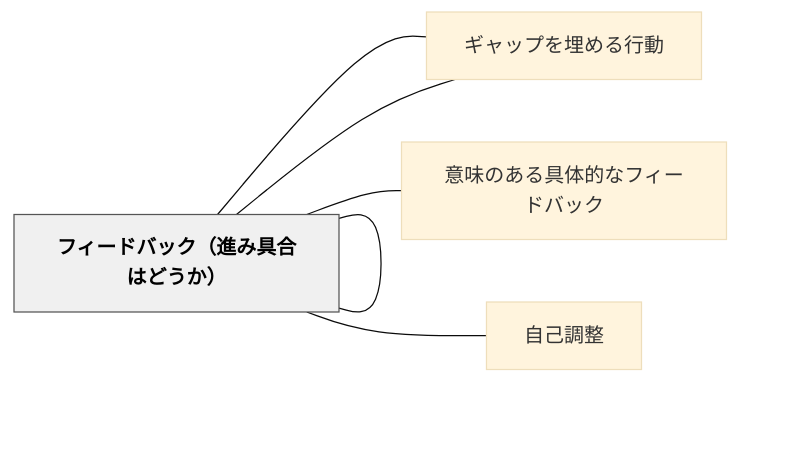
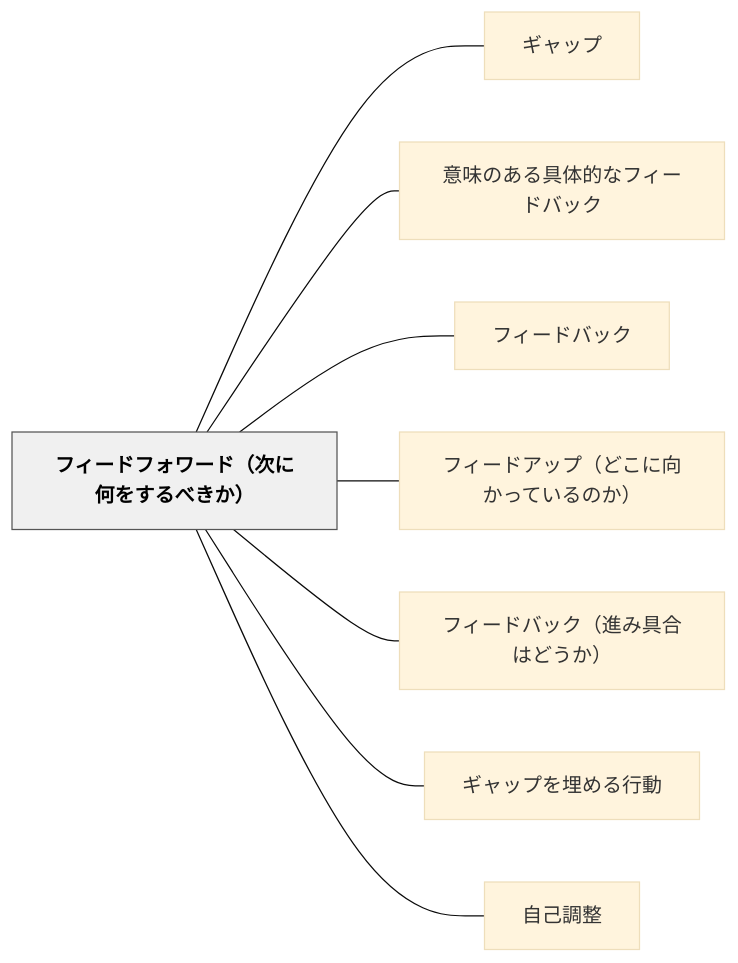
Before and after one commit to unknownthings-ed-patterns/unknownthings-ed-patterns: the diagram in content/パタン/フィードフォワード（次に何をするべきか）.md, drawn with Mermaid (base theme). The commit also changed 527 other files, not shown here.

````diff
--- a/content/パタン/フィードフォワード（次に何をするべきか）.md
+++ b/content/パタン/フィードフォワード（次に何をするべきか）.md
@@ -53,22 +53,22 @@
 ```mermaid
 flowchart LR
-    ne38395e382a3["フィードフォワード（次に何をするべきか）"]
-    ne382aee383a3["ギャップ"]
-    ne6848fe591b3["意味のある具体的なフィードバック"]
-    ne38395e382a3["フィードバック"]
-    ne38395e382a3["フィードアップ（どこに向かっているのか）"]
-    ne38395e382a3["フィードバック（進み具合はどうか）"]
-    ne382aee383a3["ギャップを埋める行動"]
-    ne887aae5b7b1["自己調整"]
+    ne38395e382a3e383bce38389e38395e382a9e383afe383bce38389efbc88e6aca1e381abe4bd95e38292e38199e3828be381b9e3818de3818befbc89["フィードフォワード（次に何をするべきか）"]
+    ne382aee383a3e38383e38397["ギャップ"]
+    ne6848fe591b3e381aee38182e3828be585b7e4bd93e79a84e381aae38395e382a3e383bce38389e38390e38383e382af["意味のある具体的なフィードバック"]
+    ne38395e382a3e383bce38389e38390e38383e382af["フィードバック"]
+    ne38395e382a3e383bce38389e382a2e38383e38397efbc88e381a9e38193e381abe59091e3818be381a3e381a6e38184e3828be381aee3818befbc89["フィードアップ（どこに向かっているのか）"]
+    ne38395e382a3e383bce38389e38390e38383e382afefbc88e980b2e381bfe585b7e59088e381afe381a9e38186e3818befbc89["フィードバック（進み具合はどうか）"]
+    ne382aee383a3e38383e38397e38292e59f8be38281e3828be8a18ce58b95["ギャップを埋める行動"]
+    ne887aae5b7b1e8aabfe695b4["自己調整"]
 
-    ne38395e382a3 --- ne382aee383a3
-    ne38395e382a3 --- ne6848fe591b3
-    ne38395e382a3 --- ne38395e382a3
-    ne38395e382a3 --- ne38395e382a3
-    ne38395e382a3 --- ne38395e382a3
-    ne38395e382a3 --- ne382aee383a3
-    ne38395e382a3 --- ne887aae5b7b1
+    ne38395e382a3e383bce38389e38395e382a9e383afe383bce38389efbc88e6aca1e381abe4bd95e38292e38199e3828be381b9e3818de3818befbc89 --- ne382aee383a3e38383e38397
+    ne38395e382a3e383bce38389e38395e382a9e383afe383bce38389efbc88e6aca1e381abe4bd95e38292e38199e3828be381b9e3818de3818befbc89 --- ne6848fe591b3e381aee38182e3828be585b7e4bd93e79a84e381aae38395e382a3e383bce38389e38390e38383e382af
+    ne38395e382a3e383bce38389e38395e382a9e383afe383bce38389efbc88e6aca1e381abe4bd95e38292e38199e3828be381b9e3818de3818befbc89 --- ne38395e382a3e383bce38389e38390e38383e382af
+    ne38395e382a3e383bce38389e38395e382a9e383afe383bce38389efbc88e6aca1e381abe4bd95e38292e38199e3828be381b9e3818de3818befbc89 --- ne38395e382a3e383bce38389e382a2e38383e38397efbc88e381a9e38193e381abe59091e3818be381a3e381a6e38184e3828be381aee3818befbc89
+    ne38395e382a3e383bce38389e38395e382a9e383afe383bce38389efbc88e6aca1e381abe4bd95e38292e38199e3828be381b9e3818de3818befbc89 --- ne38395e382a3e383bce38389e38390e38383e382afefbc88e980b2e381bfe585b7e59088e381afe381a9e38186e3818befbc89
+    ne38395e382a3e383bce38389e38395e382a9e383afe383bce38389efbc88e6aca1e381abe4bd95e38292e38199e3828be381b9e3818de3818befbc89 --- ne382aee383a3e38383e38397e38292e59f8be38281e3828be8a18ce58b95
+    ne38395e382a3e383bce38389e38395e382a9e383afe383bce38389efbc88e6aca1e381abe4bd95e38292e38199e3828be381b9e3818de3818befbc89 --- ne887aae5b7b1e8aabfe695b4
 
     classDef hub fill:#f0f0f0,stroke:#555,color:#000,font-weight:bold
-    class ne38395e382a3 hub
+    class ne38395e382a3e383bce38389e38395e382a9e383afe383bce38389efbc88e6aca1e381abe4bd95e38292e38199e3828be381b9e3818de3818befbc89 hub
 ```
````
